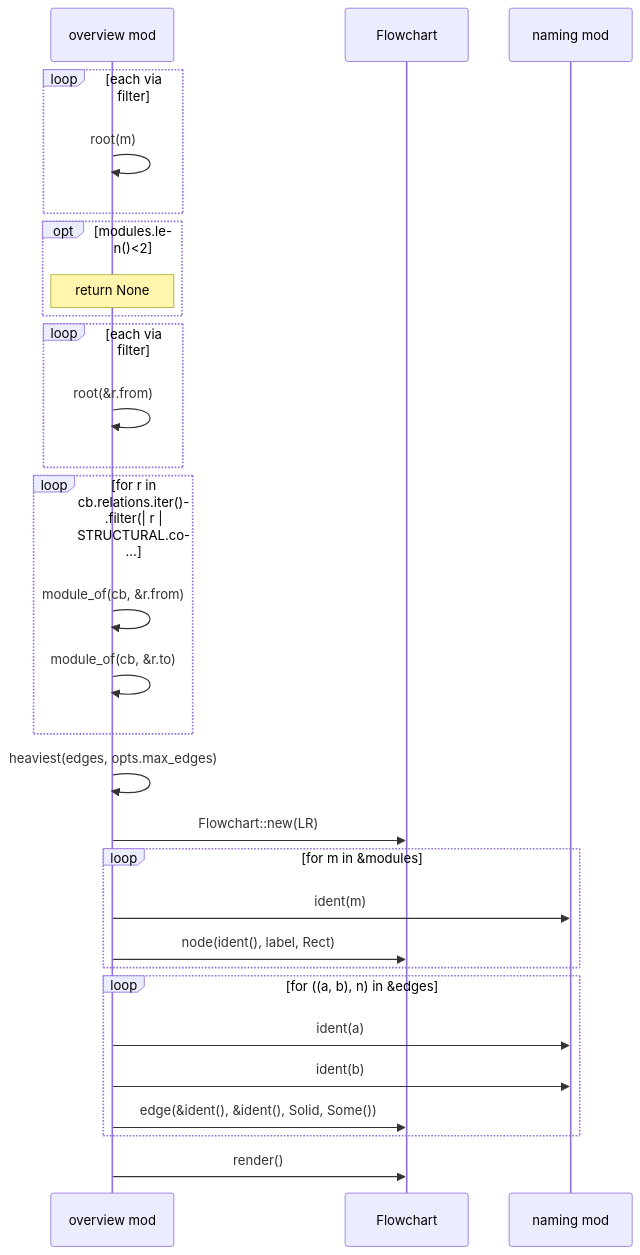
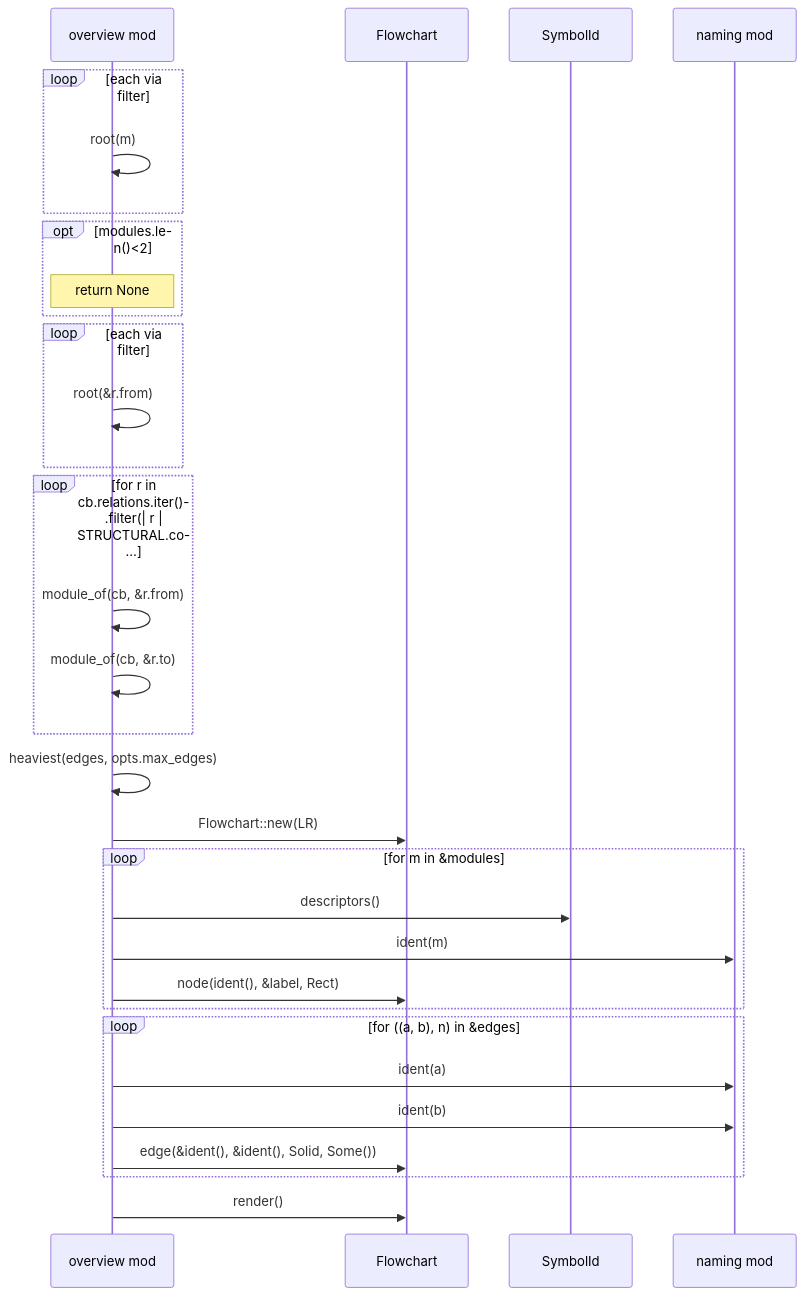
One commit to DreamLab-AI/codemaid changed the seventh of 9 diagrams in docs/sealmap/crates/sealmap-corpus/src/overview.rs.md. Above: the diagram before and after it, drawn with Mermaid. The commit also changed other lines of this file and 45 other files, not shown here.

First line of the commit message:
docs: regenerate the self-corpus for sym: ids and schema v2

````diff
--- a/docs/sealmap/crates/sealmap-corpus/src/overview.rs.md
+++ b/docs/sealmap/crates/sealmap-corpus/src/overview.rs.md
@@ -153,31 +153,33 @@
 ```mermaid
 sequenceDiagram
   participant sealmap_corpus__overview as overview mod
-  participant sealmap_mermaid__flowchart__Flowchart as Flowchart
+  participant sealmap_mermaid__flowchart___tFlowchart as Flowchart
+  participant sealmap_model__sym___tSymbolId as SymbolId
   participant sealmap_corpus__naming as naming mod
   loop each via filter
     sealmap_corpus__overview->>sealmap_corpus__overview: root(m)
   end
   opt modules.len()<2
     Note over sealmap_corpus__overview: return None
   end
   loop each via filter
     sealmap_corpus__overview->>sealmap_corpus__overview: root(&r.from)
   end
   loop for r in cb.relations.iter().filter(| r | STRUCTURAL.co…
     sealmap_corpus__overview->>sealmap_corpus__overview: module_of(cb, &r.from)
     sealmap_corpus__overview->>sealmap_corpus__overview: module_of(cb, &r.to)
   end
   sealmap_corpus__overview->>sealmap_corpus__overview: heaviest(edges, opts.max_edges)
-  sealmap_corpus__overview->>sealmap_mermaid__flowchart__Flowchart: Flowchart::new(LR)
+  sealmap_corpus__overview->>sealmap_mermaid__flowchart___tFlowchart: Flowchart::new(LR)
   loop for m in &modules
+    sealmap_corpus__overview->>sealmap_model__sym___tSymbolId: descriptors()
     sealmap_corpus__overview->>sealmap_corpus__naming: ident(m)
-    sealmap_corpus__overview->>sealmap_mermaid__flowchart__Flowchart: node(ident(), label, Rect)
+    sealmap_corpus__overview->>sealmap_mermaid__flowchart___tFlowchart: node(ident(), &label, Rect)
   end
   loop for ((a, b), n) in &edges
     sealmap_corpus__overview->>sealmap_corpus__naming: ident(a)
     sealmap_corpus__overview->>sealmap_corpus__naming: ident(b)
-    sealmap_corpus__overview->>sealmap_mermaid__flowchart__Flowchart: edge(&ident(), &ident(), Solid, Some())
+    sealmap_corpus__overview->>sealmap_mermaid__flowchart___tFlowchart: edge(&ident(), &ident(), Solid, Some())
   end
-  sealmap_corpus__overview->>sealmap_mermaid__flowchart__Flowchart: render()
+  sealmap_corpus__overview->>sealmap_mermaid__flowchart___tFlowchart: render()
 ```
````
